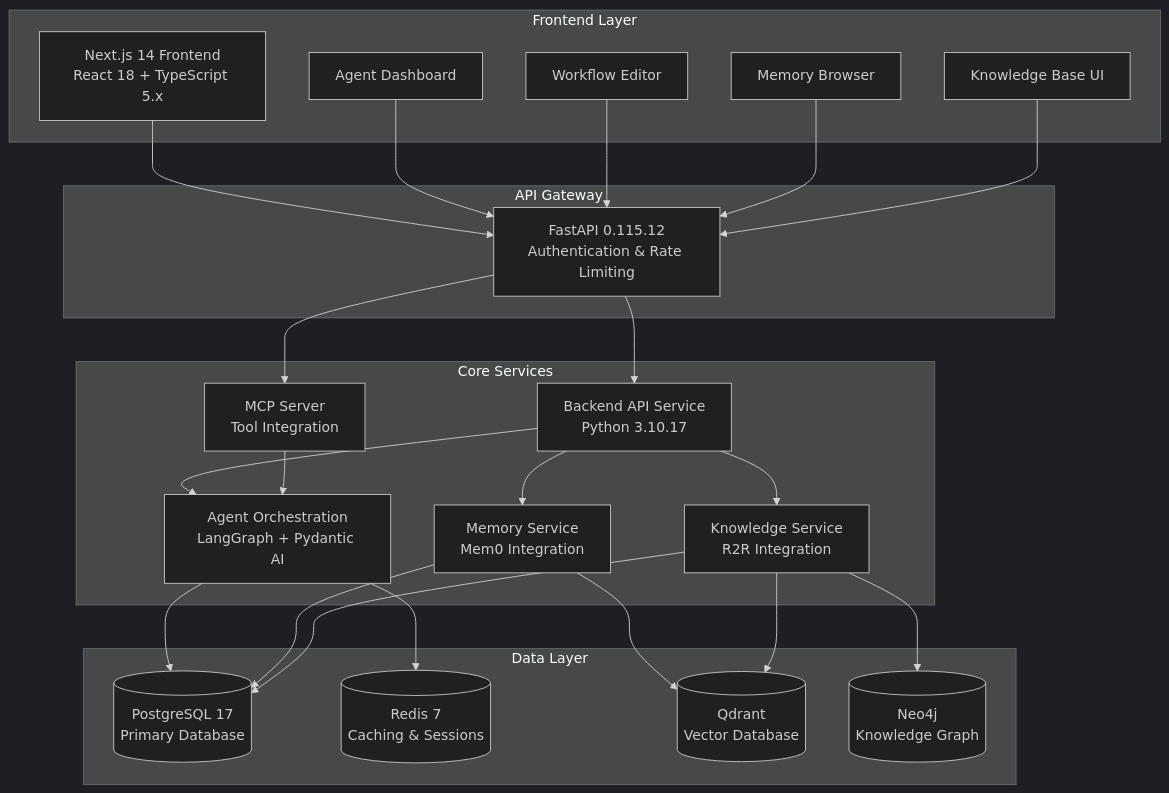
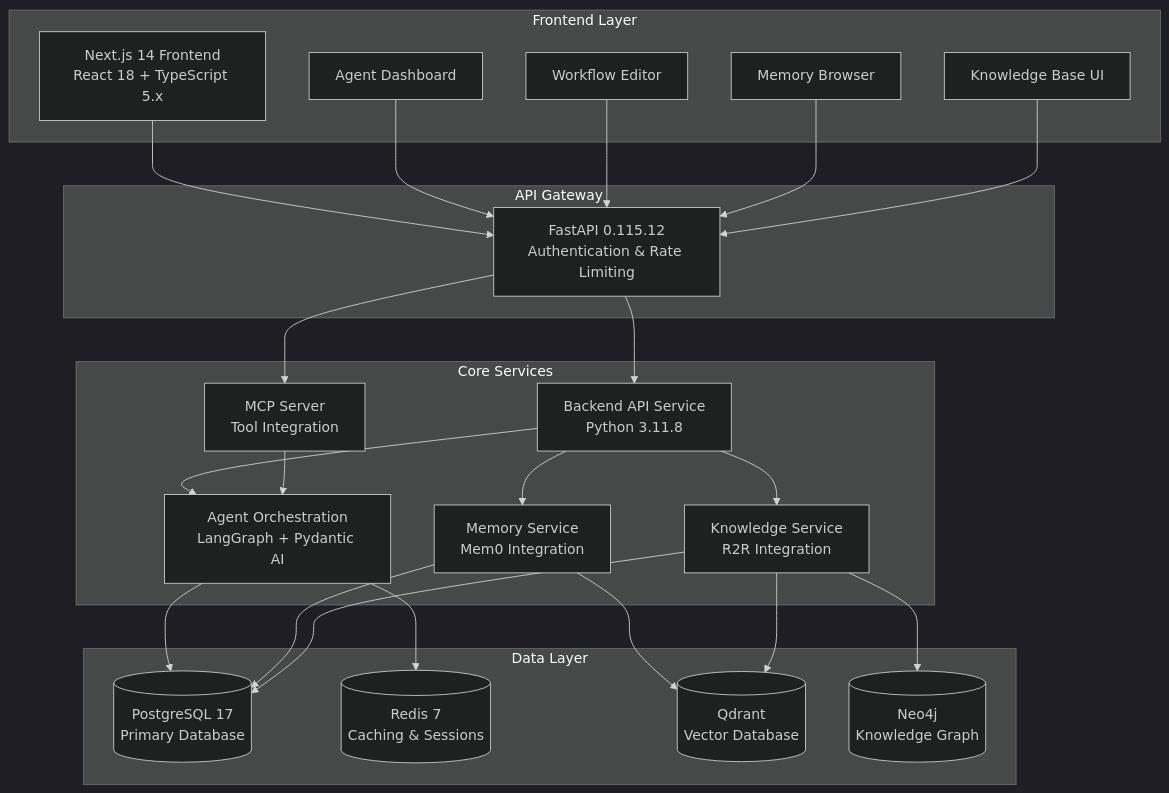
One commit to JackSmack1971/AgentFlow changed the first of 5 diagrams in README.md. Above: the diagram before and after it, drawn with Mermaid (dark theme). The commit also changed other lines of this file and 10 other files, not shown here.

````diff
--- a/README.md
+++ b/README.md
@@ -55,52 +55,52 @@
 ```mermaid
 flowchart TB
     subgraph "Frontend Layer"
         UI[Next.js 14 Frontend<br/>React 18 + TypeScript 5.x]
         DASH[Agent Dashboard]
         WORK[Workflow Editor]
         MEM[Memory Browser]
         KB[Knowledge Base UI]
     end
     
     subgraph "API Gateway"
         GW[FastAPI 0.115.12<br/>Authentication & Rate Limiting]
     end
     
     subgraph "Core Services"
-        API[Backend API Service<br/>Python 3.10.17]
+        API[Backend API Service<br/>Python 3.11.8]
         MCP[MCP Server<br/>Tool Integration]
         AGENT[Agent Orchestration<br/>LangGraph + Pydantic AI]
         MEMORY[Memory Service<br/>Mem0 Integration]
         RAG[Knowledge Service<br/>R2R Integration]
     end
     
     subgraph "Data Layer"
         PG[(PostgreSQL 17<br/>Primary Database)]
         REDIS[(Redis 7<br/>Caching & Sessions)]
         QD[(Qdrant<br/>Vector Database)]
         NEO[(Neo4j<br/>Knowledge Graph)]
     end
     
     UI --> GW
     DASH --> GW
     WORK --> GW
     MEM --> GW
     KB --> GW
     
     GW --> API
     GW --> MCP
     
     API --> AGENT
     API --> MEMORY
     API --> RAG
     
     AGENT --> PG
     AGENT --> REDIS
     MEMORY --> PG
     MEMORY --> QD
     RAG --> PG
     RAG --> QD
     RAG --> NEO
     
     MCP --> AGENT
 ```
````
